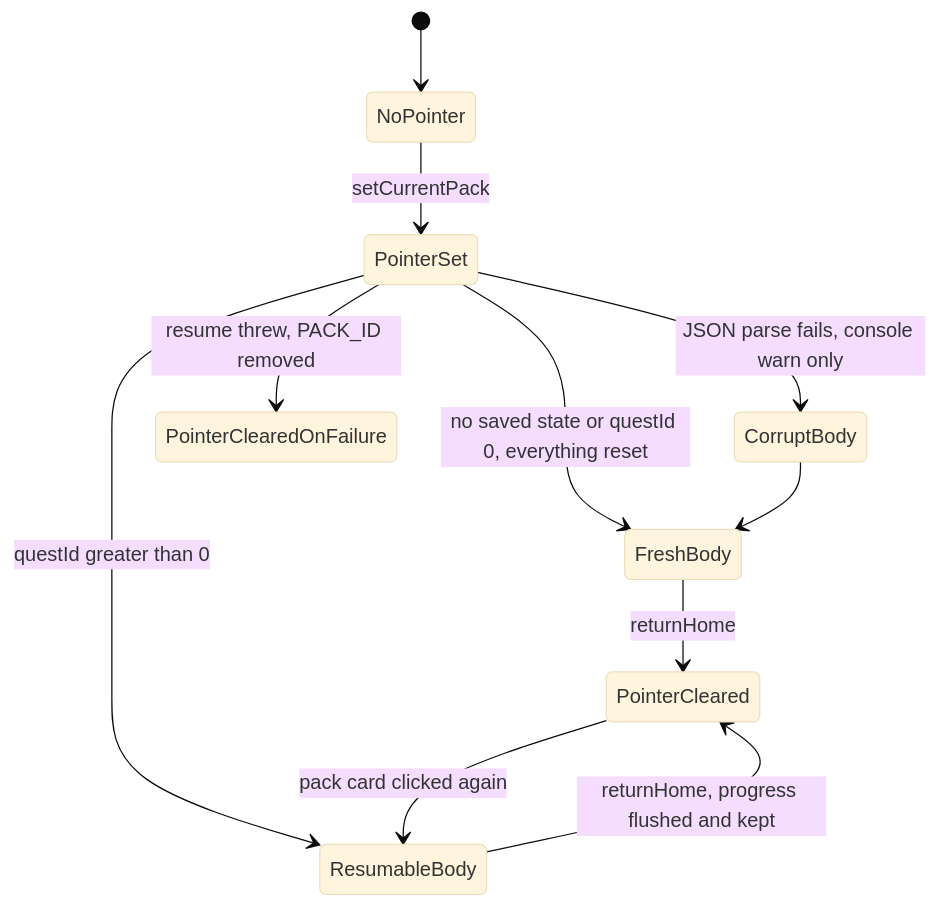
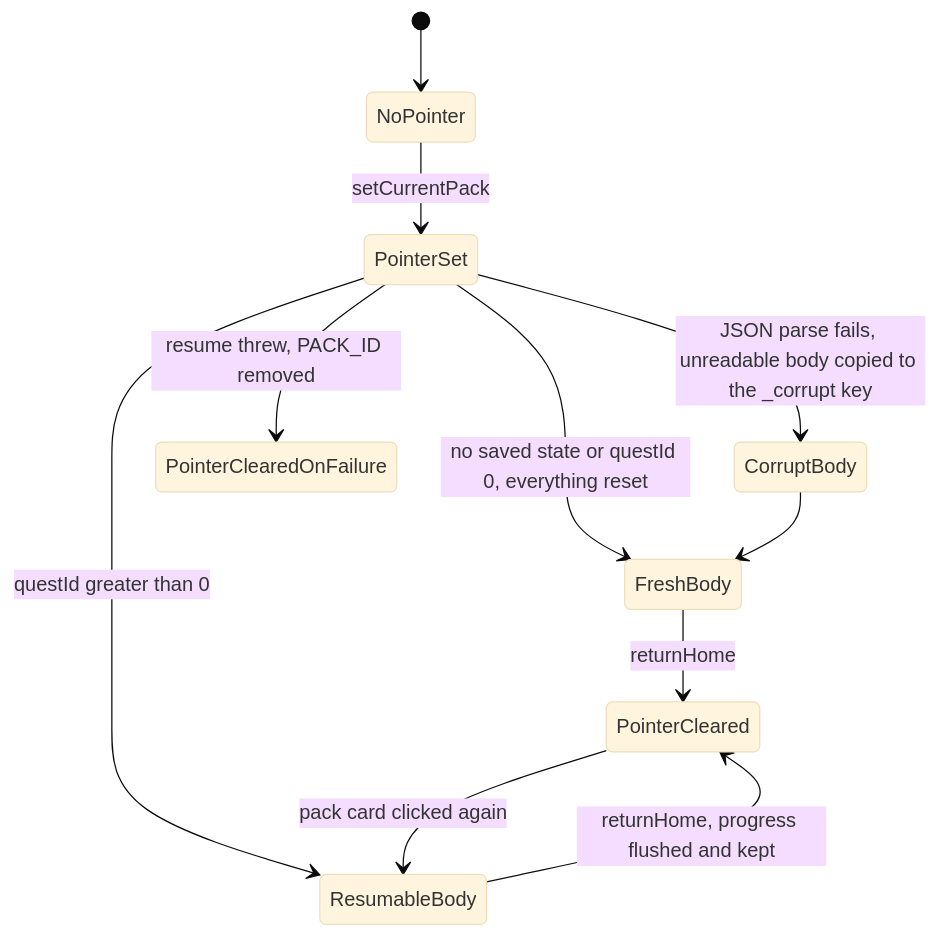
Before and after one commit to ghmer/rego-adventure: diagram 31 of 46 in docu/state-machines.md, drawn with Mermaid (base theme). The commit also changed other lines of this file and 2 other files, not shown here.

````diff
--- a/docu/state-machines.md
+++ b/docu/state-machines.md
@@ -1057,13 +1025,13 @@
 ```mermaid
 stateDiagram-v2
     [*] --> NoPointer
     NoPointer --> PointerSet : setCurrentPack
     PointerSet --> FreshBody : no saved state or questId 0, everything reset
-    PointerSet --> CorruptBody : JSON parse fails, console warn only
+    PointerSet --> CorruptBody : JSON parse fails, unreadable body copied to the _corrupt key
     PointerSet --> ResumableBody : questId greater than 0
     CorruptBody --> FreshBody
     ResumableBody --> PointerCleared : returnHome, progress flushed and kept
     PointerCleared --> ResumableBody : pack card clicked again
     PointerSet --> PointerClearedOnFailure : resume threw, PACK_ID removed
     FreshBody --> PointerCleared : returnHome
 ```
````
